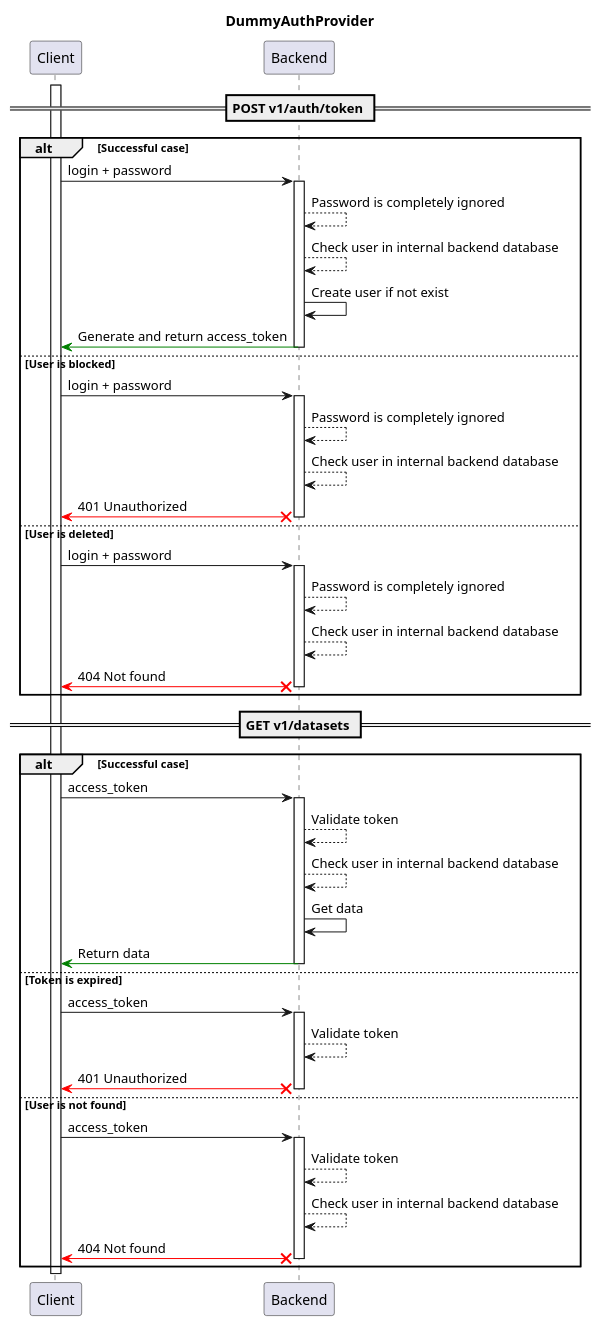
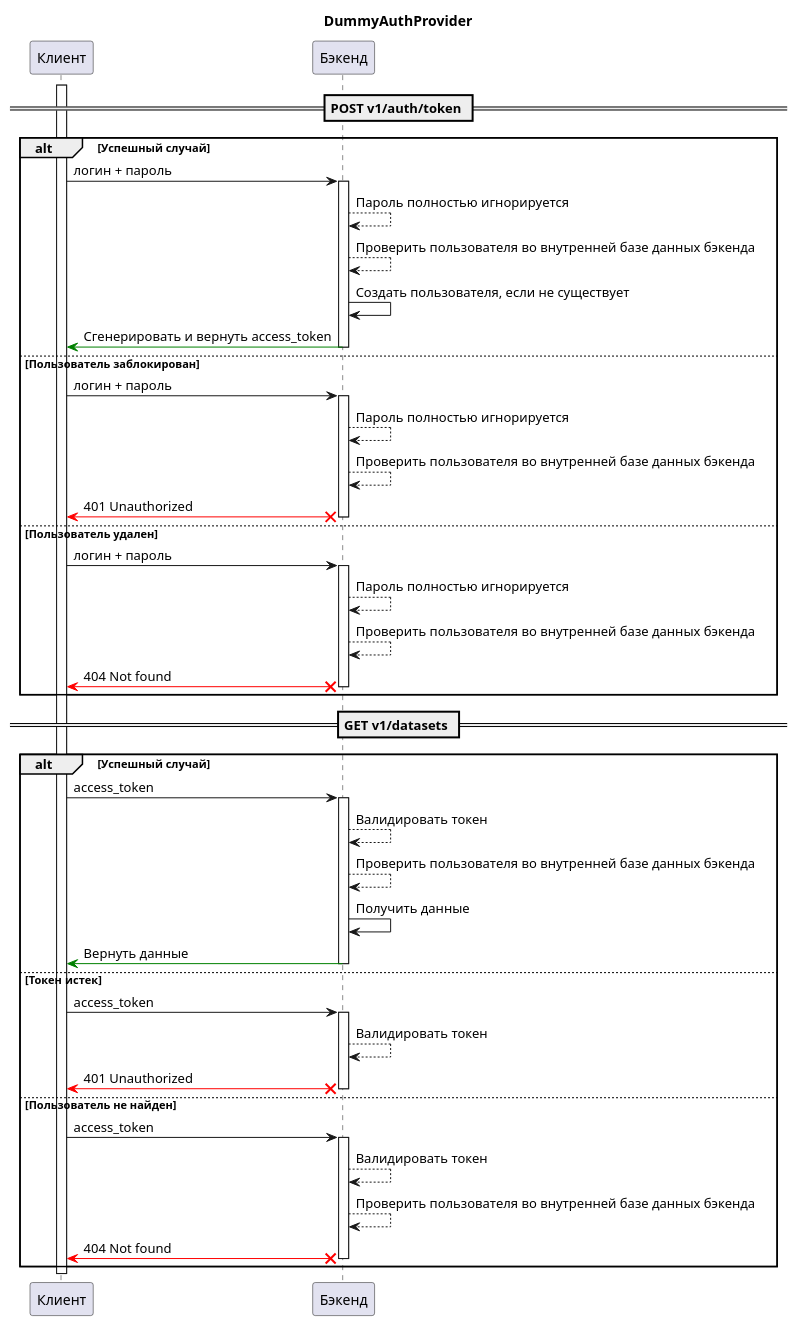
The diagram in mddocs/docs/ru/reference/server/auth/dummy.md (MobileTeleSystems/data-rentgen), drawn with PlantUML before and after one commit. The commit also changed other lines of this file and 29 other files, not shown here.

````diff
--- a/mddocs/docs/ru/reference/server/auth/dummy.md
+++ b/mddocs/docs/ru/reference/server/auth/dummy.md
@@ -11,54 +11,54 @@
-```plantuml title="Interaction schema"
+```plantuml title="Схема взаимодействия"
 
         @startuml
             title DummyAuthProvider
-            participant "Client"
-            participant "Backend"
+            participant "Клиент"
+            participant "Бэкенд"
 
             == POST v1/auth/token ==
 
-            activate "Client"
-            alt Successful case
-                "Client" -> "Backend" ++ : login + password
-                "Backend" --> "Backend" : Password is completely ignored
-                "Backend" --> "Backend" : Check user in internal backend database
-                "Backend" -> "Backend" : Create user if not exist
-                "Backend" -[#green]> "Client" -- : Generate and return access_token
+            activate "Клиент"
+            alt Успешный случай
+                "Клиент" -> "Бэкенд" ++ : логин + пароль
+                "Бэкенд" --> "Бэкенд" : Пароль полностью игнорируется
+                "Бэкенд" --> "Бэкенд" : Проверить пользователя во внутренней базе данных бэкенда
+                "Бэкенд" -> "Бэкенд" : Создать пользователя, если не существует
+                "Бэкенд" -[#green]> "Клиент" -- : Сгенерировать и вернуть access_token
 
-            else User is blocked
-                "Client" -> "Backend" ++ : login + password
-                "Backend" --> "Backend" : Password is completely ignored
-                "Backend" --> "Backend" : Check user in internal backend database
-                "Backend" x-[#red]> "Client" -- : 401 Unauthorized
+            else Пользователь заблокирован
+                "Клиент" -> "Бэкенд" ++ : логин + пароль
+                "Бэкенд" --> "Бэкенд" : Пароль полностью игнорируется
+                "Бэкенд" --> "Бэкенд" : Проверить пользователя во внутренней базе данных бэкенда
+                "Бэкенд" x-[#red]> "Клиент" -- : 401 Unauthorized
 
-            else User is deleted
-                "Client" -> "Backend" ++ : login + password
-                "Backend" --> "Backend" : Password is completely ignored
-                "Backend" --> "Backend" : Check user in internal backend database
-                "Backend" x-[#red]> "Client" -- : 404 Not found
+            else Пользователь удален
+                "Клиент" -> "Бэкенд" ++ : логин + пароль
+                "Бэкенд" --> "Бэкенд" : Пароль полностью игнорируется
+                "Бэкенд" --> "Бэкенд" : Проверить пользователя во внутренней базе данных бэкенда
+                "Бэкенд" x-[#red]> "Клиент" -- : 404 Not found
             end
 
             == GET v1/datasets ==
 
-            alt Successful case
-                "Client" -> "Backend" ++ : access_token
-                "Backend" --> "Backend" : Validate token
-                "Backend" --> "Backend" : Check user in internal backend database
-                "Backend" -> "Backend" : Get data
-                "Backend" -[#green]> "Client" -- : Return data
+            alt Успешный случай
+                "Клиент" -> "Бэкенд" ++ : access_token
+                "Бэкенд" --> "Бэкенд" : Валидировать токен
+                "Бэкенд" --> "Бэкенд" : Проверить пользователя во внутренней базе данных бэкенда
+                "Бэкенд" -> "Бэкенд" : Получить данные
+                "Бэкенд" -[#green]> "Клиент" -- : Вернуть данные
 
-            else Token is expired
-                "Client" -> "Backend" ++ : access_token
-                "Backend" --> "Backend" : Validate token
-                "Backend" x-[#red]> "Client" -- : 401 Unauthorized
+            else Токен истек
+                "Клиент" -> "Бэкенд" ++ : access_token
+                "Бэкенд" --> "Бэкенд" : Валидировать токен
+                "Бэкенд" x-[#red]> "Клиент" -- : 401 Unauthorized
 
-            else User is not found
-                "Client" -> "Backend" ++ : access_token
-                "Backend" --> "Backend" : Validate token
-                "Backend" --> "Backend" : Check user in internal backend database
-                "Backend" x-[#red]> "Client" -- : 404 Not found
+            else Пользователь не найден
+                "Клиент" -> "Бэкенд" ++ : access_token
+                "Бэкенд" --> "Бэкенд" : Валидировать токен
+                "Бэкенд" --> "Бэкенд" : Проверить пользователя во внутренней базе данных бэкенда
+                "Бэкенд" x-[#red]> "Клиент" -- : 404 Not found
             end
 
-            deactivate "Client"
+            deactivate "Клиент"
         @enduml
 ```
````
